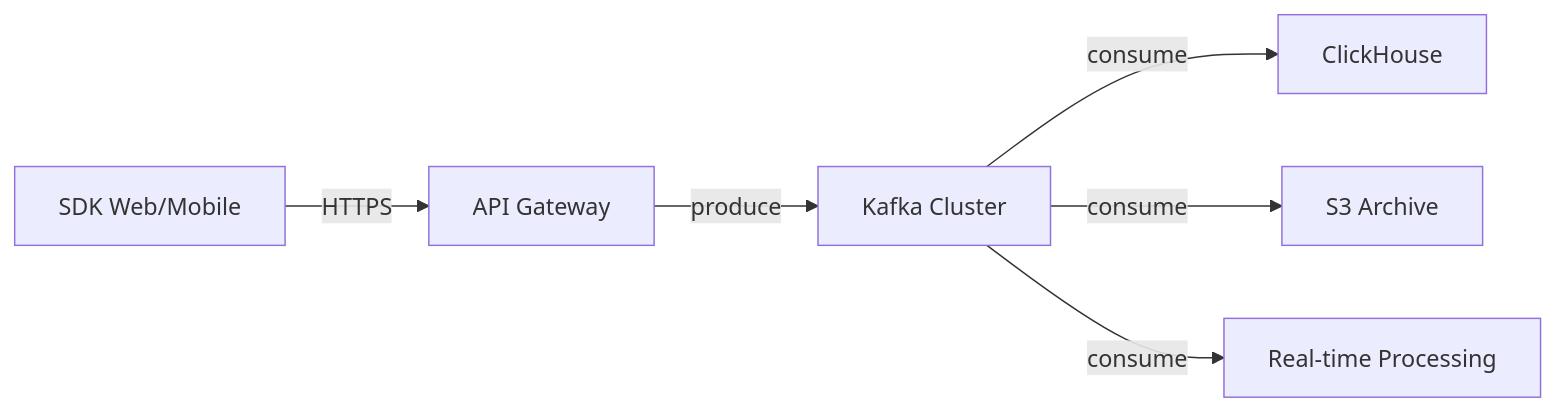
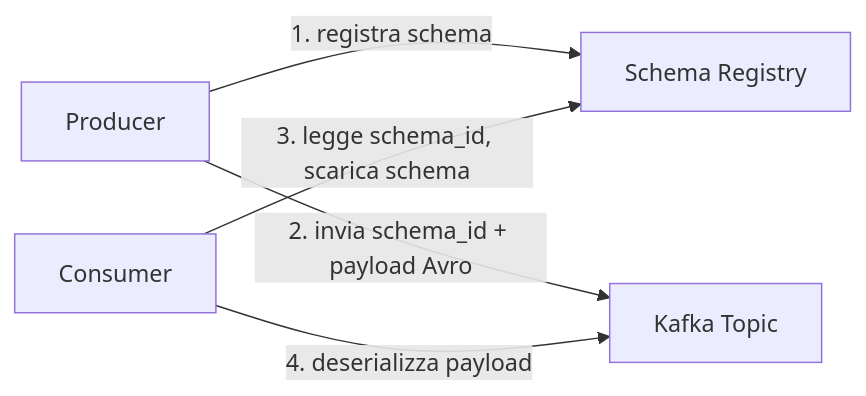
One commit to AndreyBertasini/gynnitech changed the diagram in src/content/corso/real-time-analytics/streaming.mdx. Above: the diagram before and after it, drawn with Mermaid. The commit also changed other lines of this file and 10 other files, not shown here.

First line of the commit message:
content: rewrite 11 lessons with full content (real-time, dashboard-viz, data-collection, infra, user-centricity)

````diff
--- a/src/content/corso/real-time-analytics/streaming.mdx
+++ b/src/content/corso/real-time-analytics/streaming.mdx
@@ -14,8 +115,7 @@
 ```mermaid
 graph LR
-    A["SDK Web/Mobile"] -->|HTTPS| B["API Gateway"]
-    B -->|produce| C["Kafka Cluster"]
-    C -->|consume| D["ClickHouse"]
-    C -->|consume| E["S3 Archive"]
-    C -->|consume| F["Real-time Processing"]
+    A["Producer"] -->|"1. registra schema"| B["Schema Registry"]
+    A -->|"2. invia schema_id + payload Avro"| C["Kafka Topic"]
+    D["Consumer"] -->|"3. legge schema_id, scarica schema"| B
+    D -->|"4. deserializza payload"| C
 ```
````
